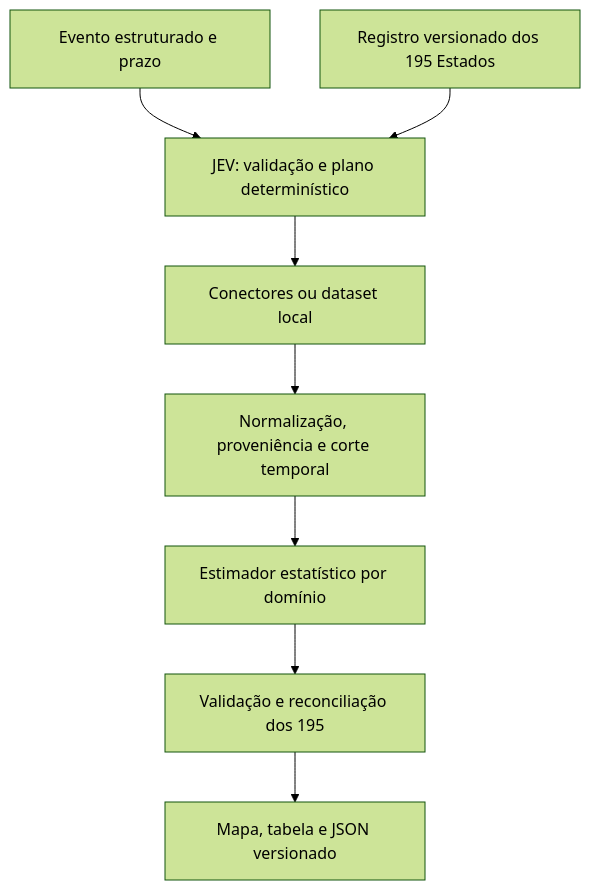
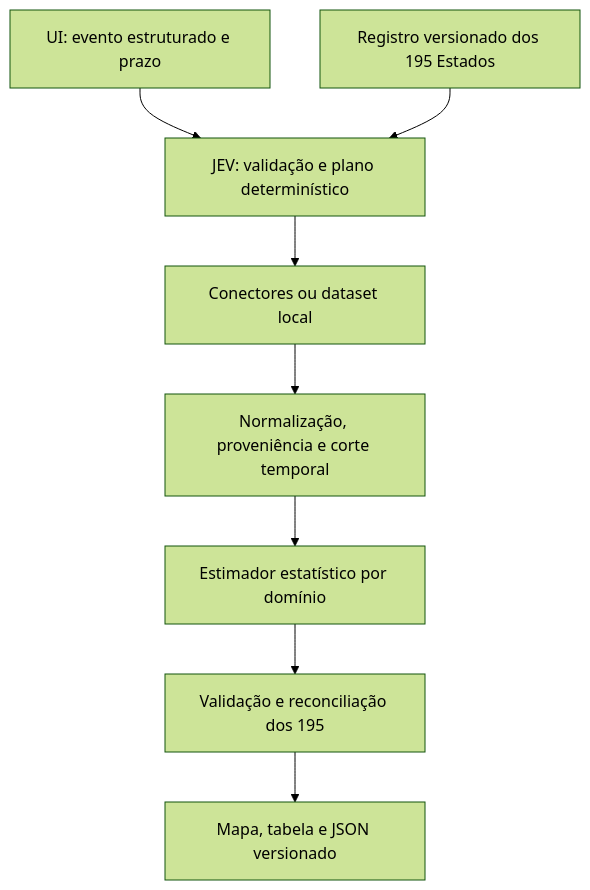
The diagram in ARCHITECTURE.md (felpzw/jev-global-heatmap), drawn with Mermaid (forest theme) before and after one commit. The commit also changed other lines of this file and 2 other files, not shown here.

Commit message:
docs(architecture): consolidar contratos e dependências da JEV sem LLM (#12)

````diff
--- a/ARCHITECTURE.md
+++ b/ARCHITECTURE.md
@@ -9,10 +9,10 @@
 ```mermaid
 flowchart TD
-    U[Evento estruturado e prazo] --> J[JEV: validação e plano determinístico]
+    U[UI: evento estruturado e prazo] --> J[JEV: validação e plano determinístico]
     R[Registro versionado dos 195 Estados] --> J
     J --> D[Conectores ou dataset local]
     D --> N[Normalização, proveniência e corte temporal]
     N --> E[Estimador estatístico por domínio]
     E --> V[Validação e reconciliação dos 195]
     V --> O[Mapa, tabela e JSON versionado]
 ```
````
